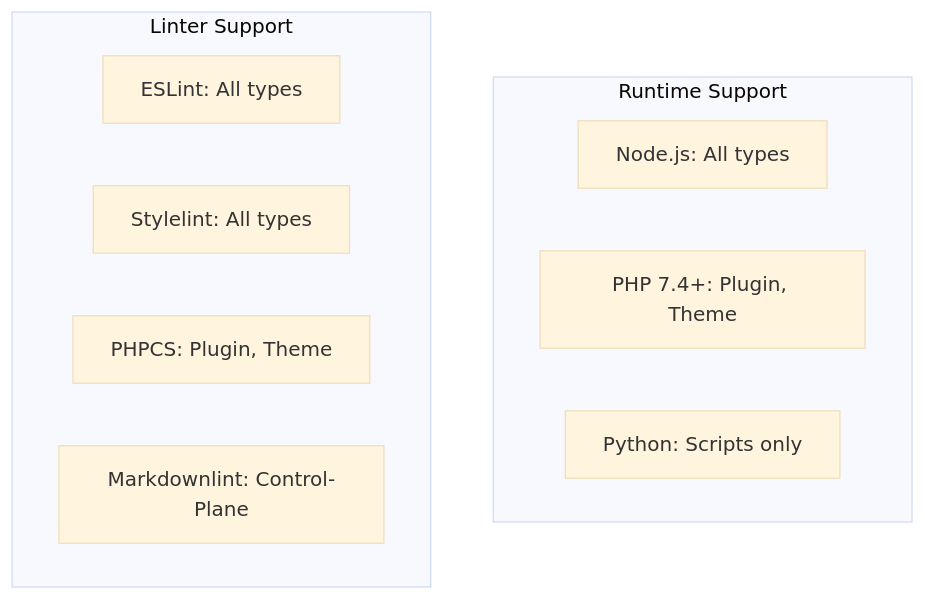
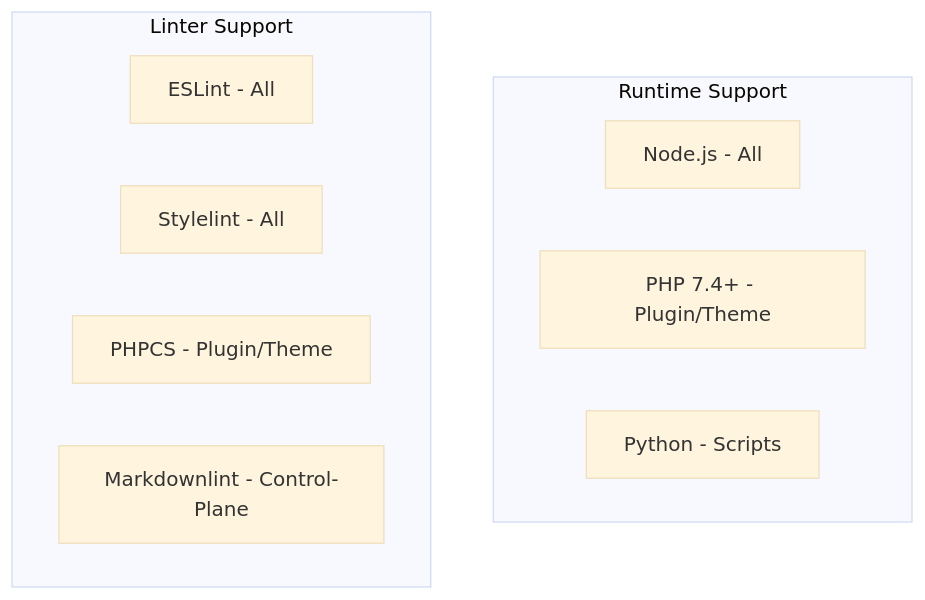
Before and after one commit to lightspeedwp/.github: the second of 2 diagrams in .github/projects/active/linting-agent-2026-08-12/KICKOFF_PHASE4.md, drawn with Mermaid. The commit also changed other lines of this file, not shown here.

Commit message:
fix: Remove all br tags from Mermaid diagrams and use dash separators for accessibility

````diff
--- a/.github/projects/active/linting-agent-2026-08-12/KICKOFF_PHASE4.md
+++ b/.github/projects/active/linting-agent-2026-08-12/KICKOFF_PHASE4.md
@@ -233,15 +231,15 @@
 ```mermaid
 %%{init: {'theme': 'base'}}%%
 graph TB
     subgraph runtimes ["Runtime Support"]
-        NJ["Node.js: All types"]
-        PHP["PHP 7.4+: Plugin, Theme"]
-        Python["Python: Scripts only"]
+        NJ["Node.js - All"]
+        PHP["PHP 7.4+ - Plugin/Theme"]
+        PY["Python - Scripts"]
     end
     subgraph linters ["Linter Support"]
-        ESL["ESLint: All types"]
-        SL["Stylelint: All types"]
-        PHPCS["PHPCS: Plugin, Theme"]
-        MD["Markdownlint: Control-Plane"]
+        ESL["ESLint - All"]
+        SL["Stylelint - All"]
+        PHPCS["PHPCS - Plugin/Theme"]
+        MD["Markdownlint - Control-Plane"]
     end
 ```
````
